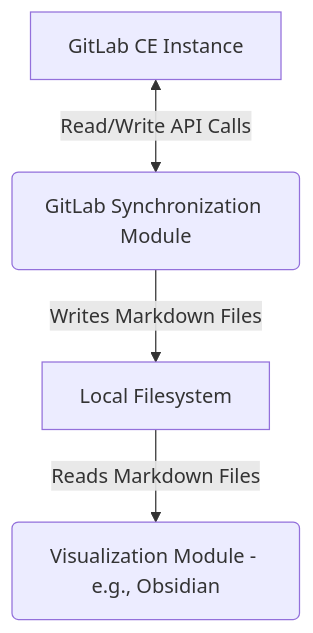
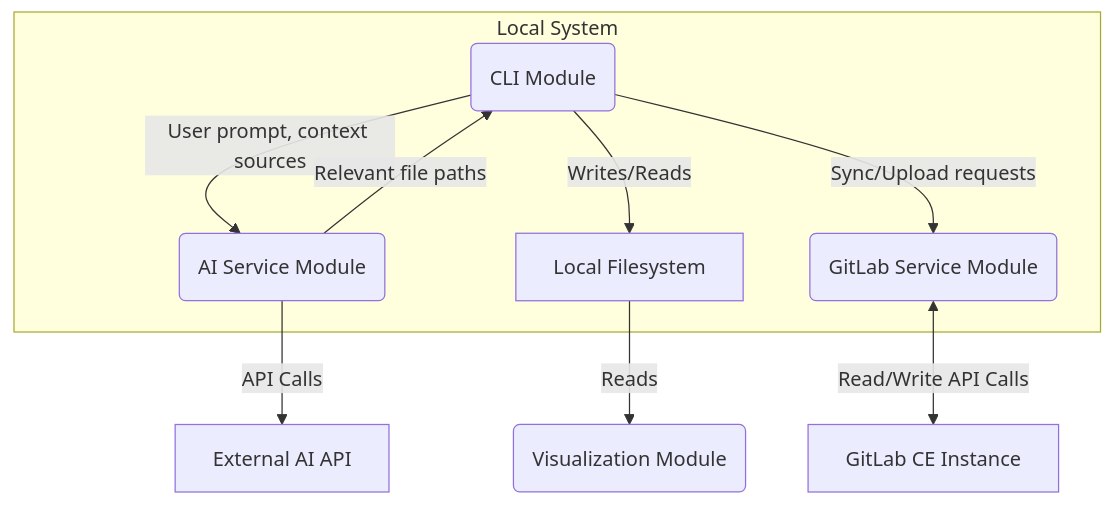
One commit to atistrcsn/user-story-map-ai-assistant changed the diagram in docs/architecture-design-document.md. Above: the diagram before and after it, drawn with Mermaid. The commit also changed other lines of this file and 4 other files, not shown here.

First line of the commit message:
feat(gitlab): implement robust artifact upload to GitLab

````diff
--- a/docs/architecture-design-document.md
+++ b/docs/architecture-design-document.md
@@ -24,6 +27,13 @@
 ```mermaid
 graph TD
-    A[GitLab CE Instance] <-->|Read/Write API Calls| B(GitLab Synchronization Module)
-    B -- Writes Markdown Files --> C[Local Filesystem]
-    C -- Reads Markdown Files --> D(Visualization Module - e.g., Obsidian)
+    subgraph "Local System"
+        B(CLI Module) -- "User prompt, context sources" --> E(AI Service Module)
+        E -- "Relevant file paths" --> B
+        B -- "Writes/Reads" --> C[Local Filesystem]
+        B -- "Sync/Upload requests" --> G(GitLab Service Module)
+    end
+
+    G <-->|Read/Write API Calls| A[GitLab CE Instance]
+    E -- "API Calls" --> F[External AI API]
+    C -- Reads --> D(Visualization Module)
 ```
````
